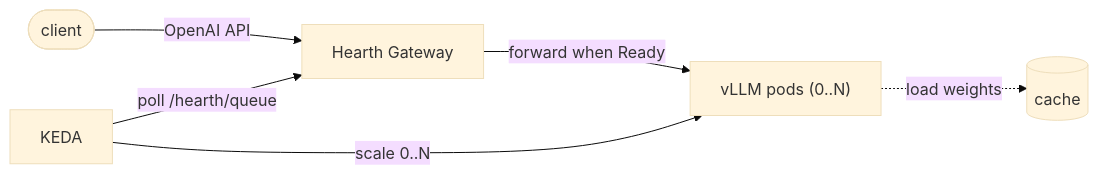
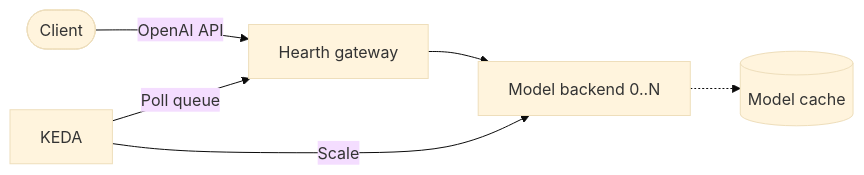
Before and after one commit to hearth-project/hearth: the diagram in README.md, drawn with Mermaid (base theme). The commit also changed other lines of this file and 2 other files, not shown here.

````diff
--- a/README.md
+++ b/README.md
@@ -73,8 +67,8 @@
 ```mermaid
 flowchart LR
-  client(["client"]) -->|OpenAI API| gw["Hearth Gateway"]
-  gw -->|forward when Ready| pods["vLLM pods (0..N)"]
-  keda["KEDA"] -->|"poll /hearth/queue"| gw
-  keda -->|"scale 0..N"| pods
-  pods -.->|load weights| cache[("cache")]
+  client([Client]) -->|OpenAI API| gateway[Hearth gateway]
+  gateway --> backend[Model backend 0..N]
+  keda[KEDA] -->|Poll queue| gateway
+  keda -->|Scale| backend
+  backend -.-> cache[(Model cache)]
 ```
````
